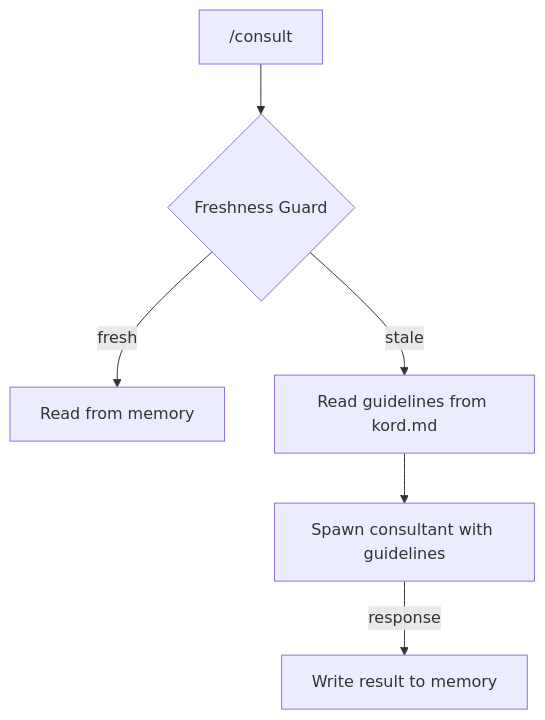
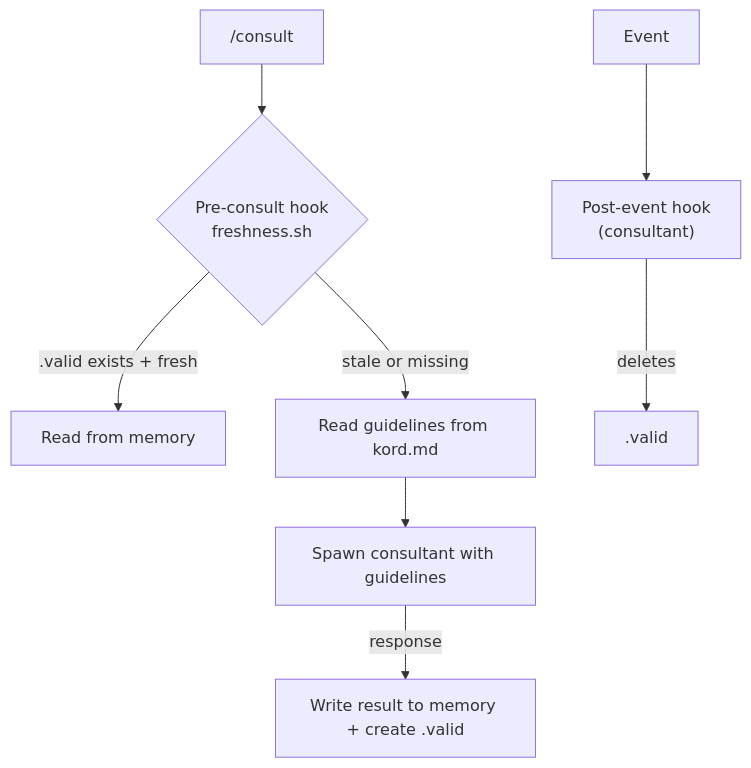
One commit to Kord96/kordinate changed the diagram in docs/framework/kords.md. Above: the diagram before and after it, drawn with Mermaid. The commit also changed other lines of this file, not shown here.

First line of the commit message:
Docs: kords — .valid marker, pre/post hooks by owner, updated mermaid [scribe]

````diff
--- a/docs/framework/kords.md
+++ b/docs/framework/kords.md
@@ -75,8 +81,11 @@
 ```mermaid
 flowchart TB
-    C["/consult"] --> G{Freshness Guard}
-    G -->|fresh| M[Read from memory]
-    G -->|stale| K[Read guidelines from kord.md]
+    C["/consult"] --> G{"Pre-consult hook<br/>freshness.sh"}
+    G -->|.valid exists + fresh| M[Read from memory]
+    G -->|stale or missing| K[Read guidelines from kord.md]
     K --> A[Spawn consultant with guidelines]
-    A -->|response| W[Write result to memory]
+    A -->|response| W[Write result to memory + create .valid]
+
+    E[Event] --> P["Post-event hook<br/>(consultant)"]
+    P -->|deletes| V[.valid]
 ```
````
